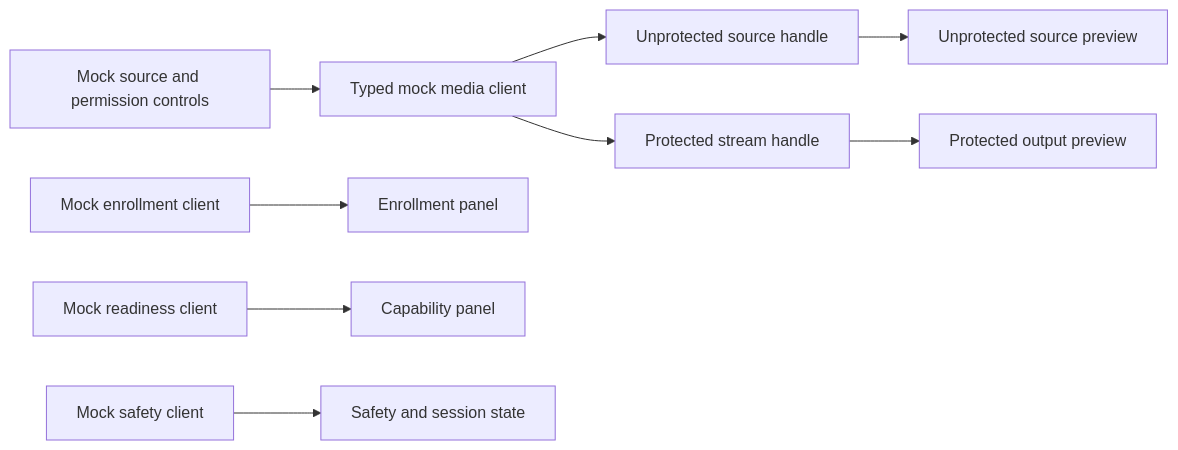
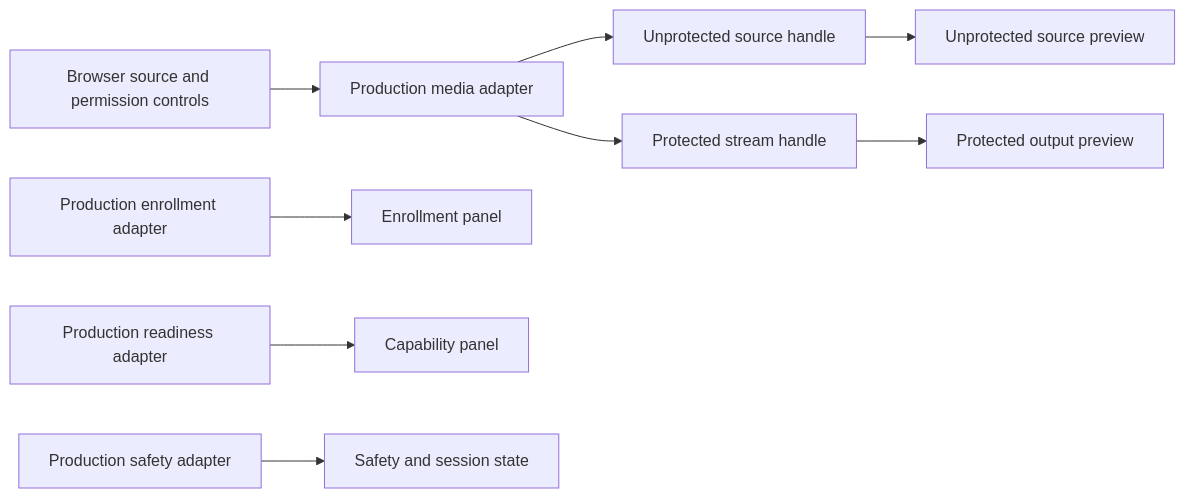
Before and after one commit to TikTokTechJam/Mock2025: the fifth of 5 diagrams in docs/ARCHITECTURE.md, drawn with Mermaid. The commit also changed other lines of this file and 21 other files, not shown here.

````diff
--- a/docs/ARCHITECTURE.md
+++ b/docs/ARCHITECTURE.md
@@ -230,11 +232,11 @@
 ```mermaid
 flowchart LR
-    A[Mock source and permission controls] --> B[Typed mock media client]
+    A[Browser source and permission controls] --> B[Production media adapter]
     B --> C[Unprotected source handle]
     B --> D[Protected stream handle]
     C --> E[Unprotected source preview]
     D --> F[Protected output preview]
-    G[Mock enrollment client] --> H[Enrollment panel]
-    I[Mock readiness client] --> J[Capability panel]
-    K[Mock safety client] --> L[Safety and session state]
+    G[Production enrollment adapter] --> H[Enrollment panel]
+    I[Production readiness adapter] --> J[Capability panel]
+    K[Production safety adapter] --> L[Safety and session state]
 ```
````
